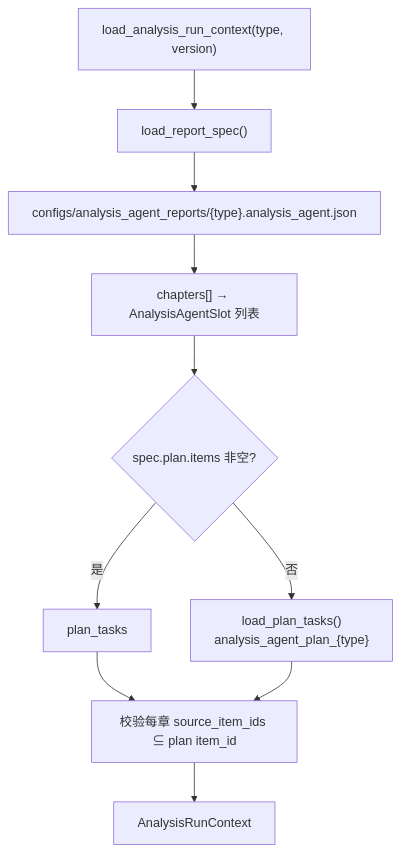
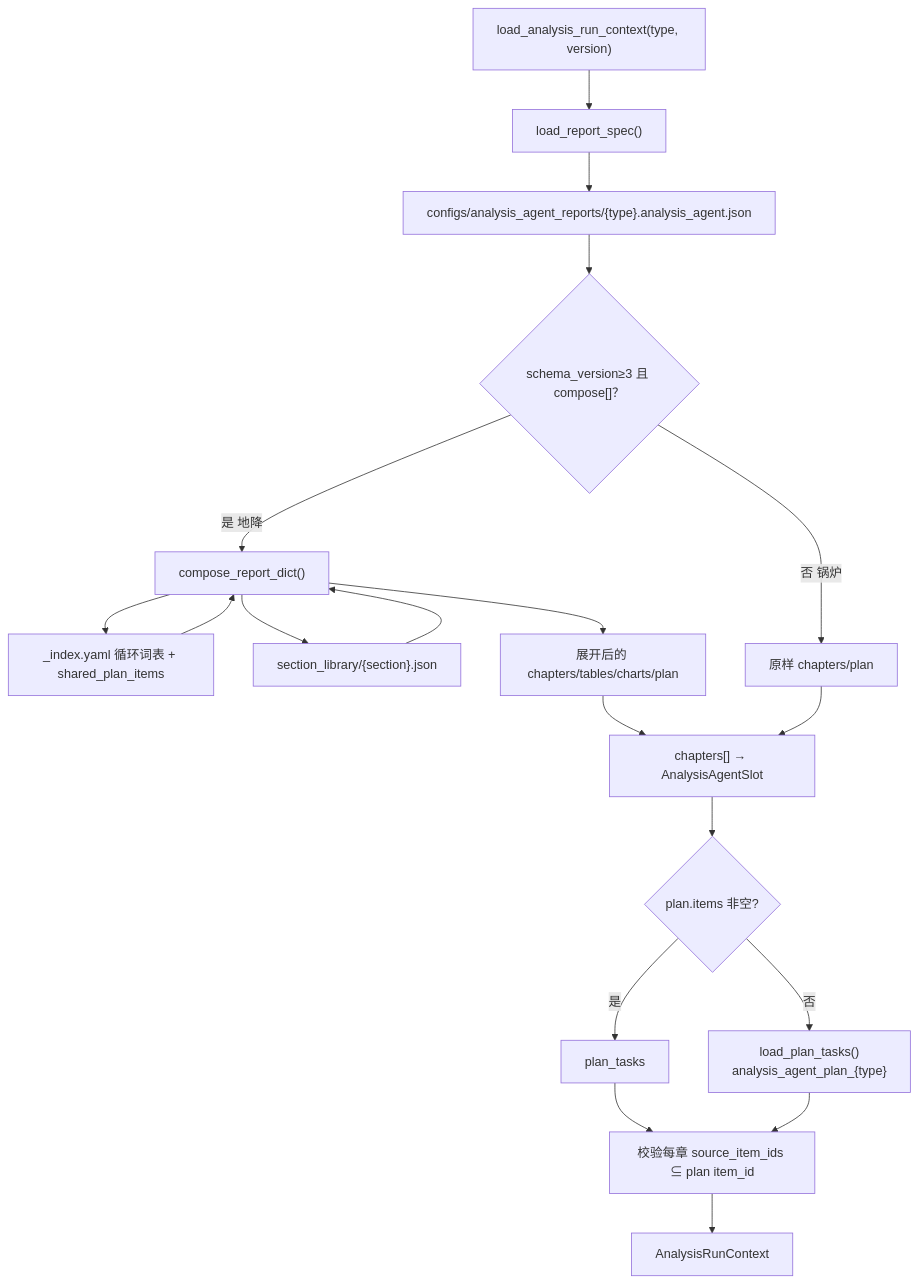
Before and after one commit to gaocf888/models_app_framework: the second of 2 diagrams in enterprise-level_transformation_docs/综合分析智能体(analysis_agent)实现逻辑说明(代码)_v2.md, drawn with Mermaid. The commit also changed other lines of this file and 71 other files, not shown here.

````diff
--- a/enterprise-level_transformation_docs/综合分析智能体(analysis_agent)实现逻辑说明(代码)_v2.md
+++ b/enterprise-level_transformation_docs/综合分析智能体(analysis_agent)实现逻辑说明(代码)_v2.md
@@ -128,12 +164,21 @@
 ```mermaid
 flowchart TD
   A["load_analysis_run_context(type, version)"] --> B["load_report_spec()"]
   B --> D["configs/analysis_agent_reports/{type}.analysis_agent.json"]
-  D --> E["chapters[] → AnalysisAgentSlot 列表"]
-  E --> F{"spec.plan.items 非空?"}
-  F -->|是| G["plan_tasks"]
-  F -->|否| H["load_plan_tasks()<br/>analysis_agent_plan_{type}"]
-  G --> I["校验每章 source_item_ids ⊆ plan item_id"]
-  H --> I
-  I --> J["AnalysisRunContext"]
+  D --> C{"schema_version≥3 且 compose[]？"}
+  C -->|是 地降| CMP["compose_report_dict()"]
+  CMP --> IDX["_index.yaml 循环词表 + shared_plan_items"]
+  CMP --> SEC["section_library/{section}.json"]
+  IDX --> CMP
+  SEC --> CMP
+  CMP --> E["展开后的 chapters/tables/charts/plan"]
+  C -->|否 锅炉| E2["原样 chapters/plan"]
+  E --> F["chapters[] → AnalysisAgentSlot"]
+  E2 --> F
+  F --> G{"plan.items 非空?"}
+  G -->|是| H["plan_tasks"]
+  G -->|否| I["load_plan_tasks()<br/>analysis_agent_plan_{type}"]
+  H --> J["校验每章 source_item_ids ⊆ plan item_id"]
+  I --> J
+  J --> K["AnalysisRunContext"]
 ```
````
